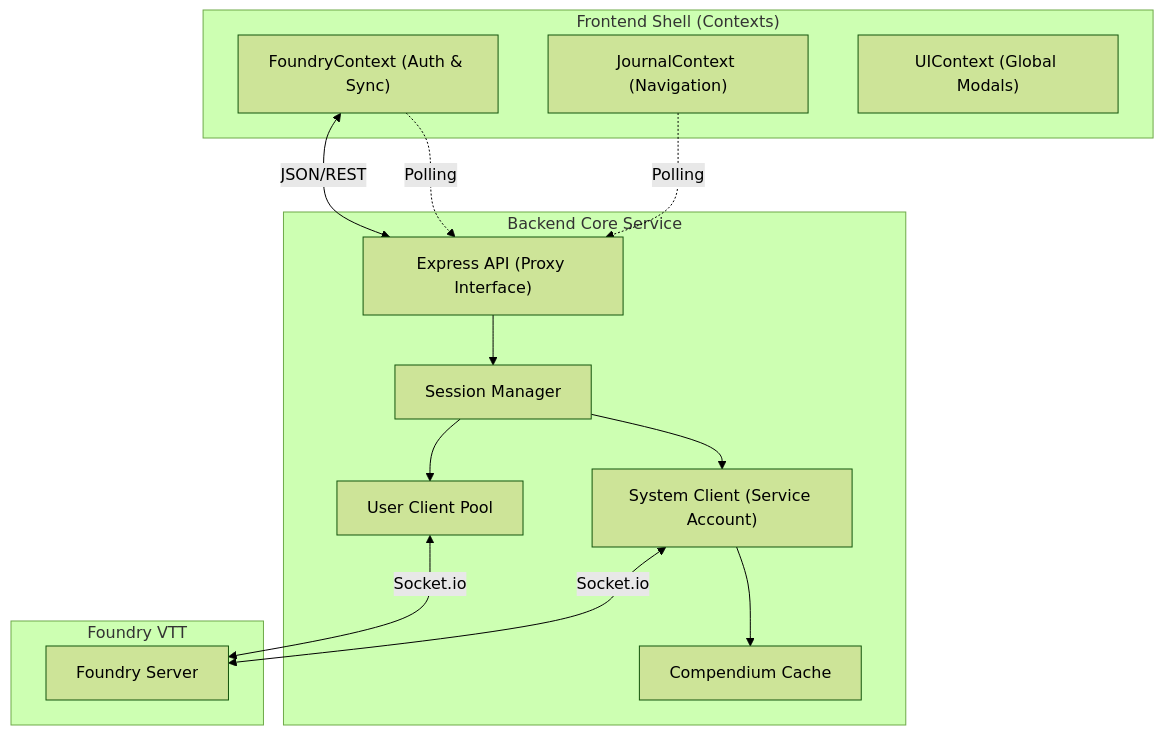
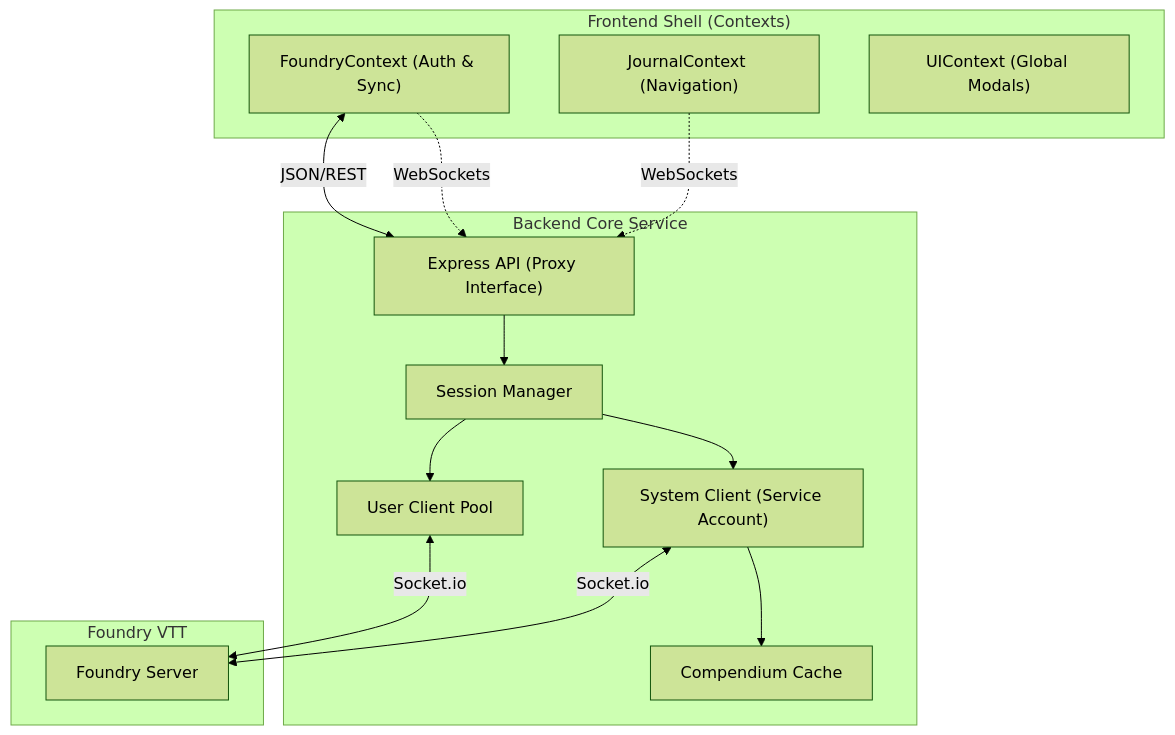
One commit to juvinious/sheet-delver changed the diagram in architecture.md. Above: the diagram before and after it, drawn with Mermaid (forest theme). The commit also changed other lines of this file and 31 other files, not shown here.

````diff
--- a/architecture.md
+++ b/architecture.md
@@ -17,31 +17,31 @@
 ```mermaid
 graph TD
     subgraph "Backend Core Service"
         API["Express API (Proxy Interface)"]
         SM["Session Manager"]
         CACHE["Compendium Cache"]
         
         API --> SM
         SM --> SYS["System Client (Service Account)"]
         SM --> POOL["User Client Pool"]
         
         SYS --> CACHE
     end
 
     subgraph "Frontend Shell (Contexts)"
         FC["FoundryContext (Auth & Sync)"]
         JC["JournalContext (Navigation)"]
         UC["UIContext (Global Modals)"]
         
-        FC -. Polling .-> API
-        JC -. Polling .-> API
+        FC -. WebSockets .-> API
+        JC -. WebSockets .-> API
     end
     
     subgraph "Foundry VTT"
         FVTT["Foundry Server"]
     end
 
     FC <-- JSON/REST --> API
     SYS <-- Socket.io --> FVTT
     POOL <-- Socket.io --> FVTT
 ```
````
